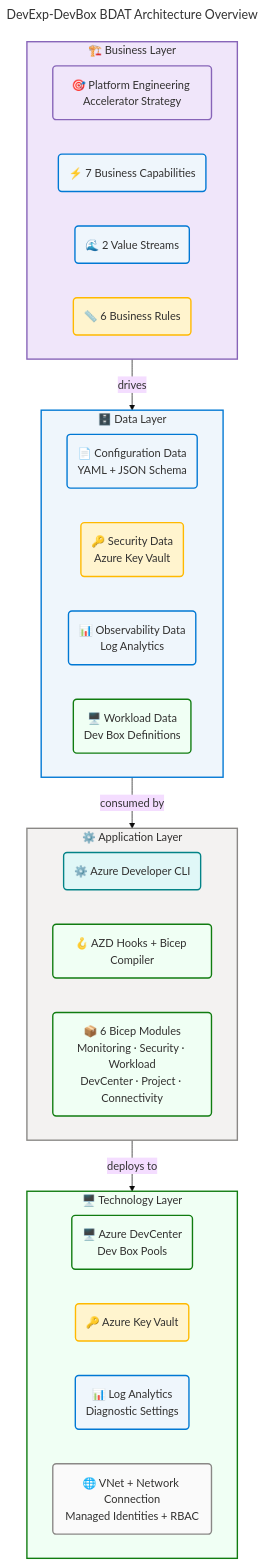
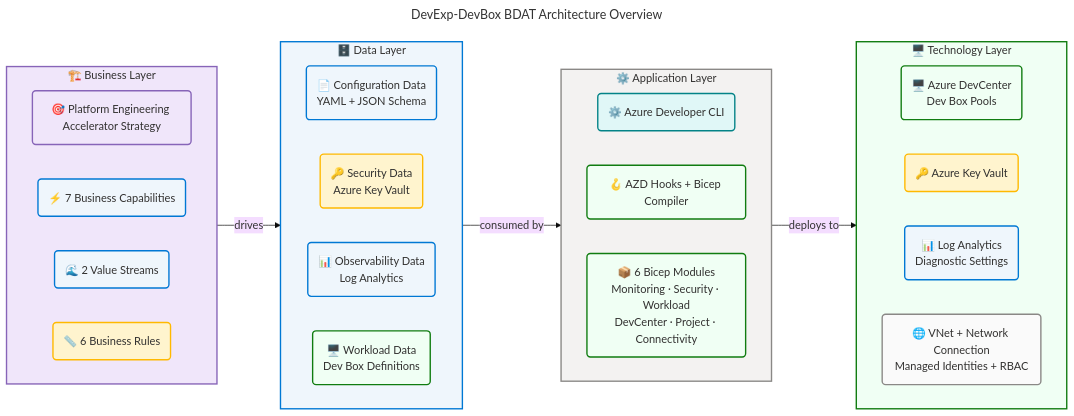
Before and after one commit to Evilazaro/DevExp-DevBox: the diagram in docs/architecture/README.md, drawn with Mermaid.

Commit message:
refactor: change flowchart direction for improved clarity in architecture documentation

````diff
--- a/docs/architecture/README.md
+++ b/docs/architecture/README.md
@@ -157,76 +157,76 @@
 ```mermaid
 ---
 title: DevExp-DevBox BDAT Architecture Overview
 config:
   theme: base
   look: classic
   layout: dagre
   themeVariables:
     fontSize: '16px'
   flowchart:
     htmlLabels: true
 ---
-flowchart TD
+flowchart LR
     accTitle: DevExp-DevBox BDAT Architecture Overview
     accDescr: Four-layer TOGAF BDAT architecture showing the Business, Data, Application, and Technology layers of the DevExp-DevBox platform and their relationships.
 
     %% ═══════════════════════════════════════════════════════════════════════════
     %% AZURE / FLUENT ARCHITECTURE PATTERN v1.1
     %% (Semantic + Structural + Font + Accessibility Governance)
     %% ═══════════════════════════════════════════════════════════════════════════
     %% PHASE 1 - FLUENT UI: All styling uses approved Fluent UI palette only
     %% PHASE 2 - GROUPS: Every subgraph has semantic color via style directive
     %% PHASE 3 - COMPONENTS: Every node has semantic classDef + icon prefix
     %% PHASE 4 - ACCESSIBILITY: accTitle/accDescr present, WCAG AA contrast
     %% PHASE 5 - STANDARD: Governance block present, classDefs centralized
     %% ═══════════════════════════════════════════════════════════════════════════
 
     subgraph business["🏗️ Business Layer"]
         direction LR
         b1("🎯 Platform Engineering Accelerator Strategy"):::strategy
         b2("⚡ 7 Business Capabilities"):::capability
         b3("🌊 2 Value Streams"):::capability
         b4("📏 6 Business Rules"):::governance
     end
 
     subgraph data["🗄️ Data Layer"]
         direction LR
         d1("📄 Configuration Data\nYAML + JSON Schema"):::data
         d2("🔑 Security Data\nAzure Key Vault"):::warning
         d3("📊 Observability Data\nLog Analytics"):::data
         d4("🖥️ Workload Data\nDev Box Definitions"):::core
     end
 
     subgraph application["⚙️ Application Layer"]
         direction LR
         a1("⚙️ Azure Developer CLI"):::external
         a2("🪝 AZD Hooks + Bicep Compiler"):::core
         a3("📦 6 Bicep Modules\nMonitoring · Security · Workload\nDevCenter · Project · Connectivity"):::core
     end
 
     subgraph technology["🖥️ Technology Layer"]
         direction LR
         t1("🖥️ Azure DevCenter\nDev Box Pools"):::core
         t2("🔑 Azure Key Vault"):::warning
         t3("📊 Log Analytics\nDiagnostic Settings"):::data
         t4("🌐 VNet + Network Connection\nManaged Identities + RBAC"):::neutral
     end
 
     business -->|"drives"| data
     data -->|"consumed by"| application
     application -->|"deploys to"| technology
 
     style business fill:#F0E6FA,stroke:#8764B8,stroke-width:2px,color:#323130
     style data fill:#EFF6FC,stroke:#0078D4,stroke-width:2px,color:#323130
     style application fill:#F3F2F1,stroke:#8A8886,stroke-width:2px,color:#323130
     style technology fill:#F0FFF4,stroke:#107C10,stroke-width:2px,color:#323130
 
     classDef strategy fill:#F0E6FA,stroke:#8764B8,stroke-width:2px,color:#323130
     classDef capability fill:#EFF6FC,stroke:#0078D4,stroke-width:2px,color:#323130
     classDef governance fill:#FFF4CE,stroke:#FFB900,stroke-width:2px,color:#323130
     classDef data fill:#EFF6FC,stroke:#0078D4,stroke-width:2px,color:#323130
     classDef warning fill:#FFF4CE,stroke:#FFB900,stroke-width:2px,color:#323130
     classDef core fill:#F0FFF4,stroke:#107C10,stroke-width:2px,color:#323130
     classDef neutral fill:#FAFAFA,stroke:#8A8886,stroke-width:2px,color:#323130
     classDef external fill:#E0F7F7,stroke:#038387,stroke-width:2px,color:#323130
 ```
````
